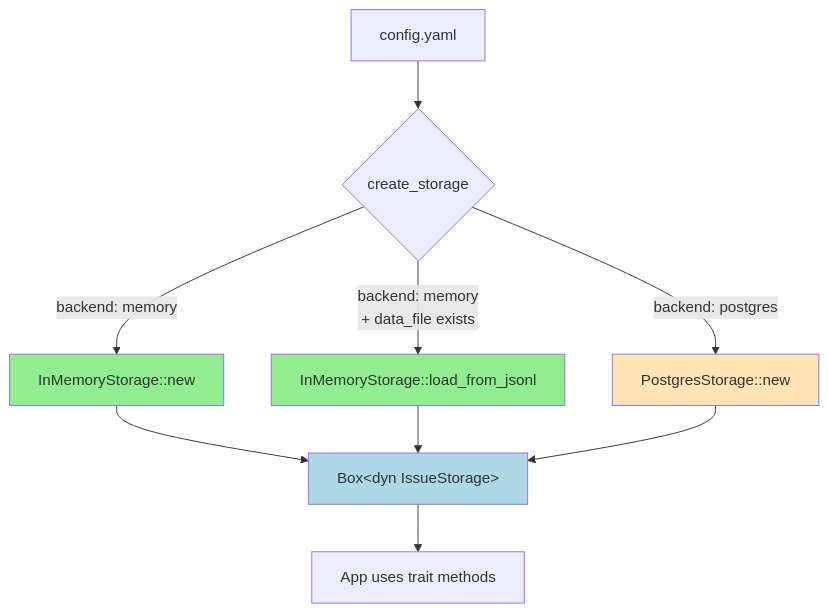
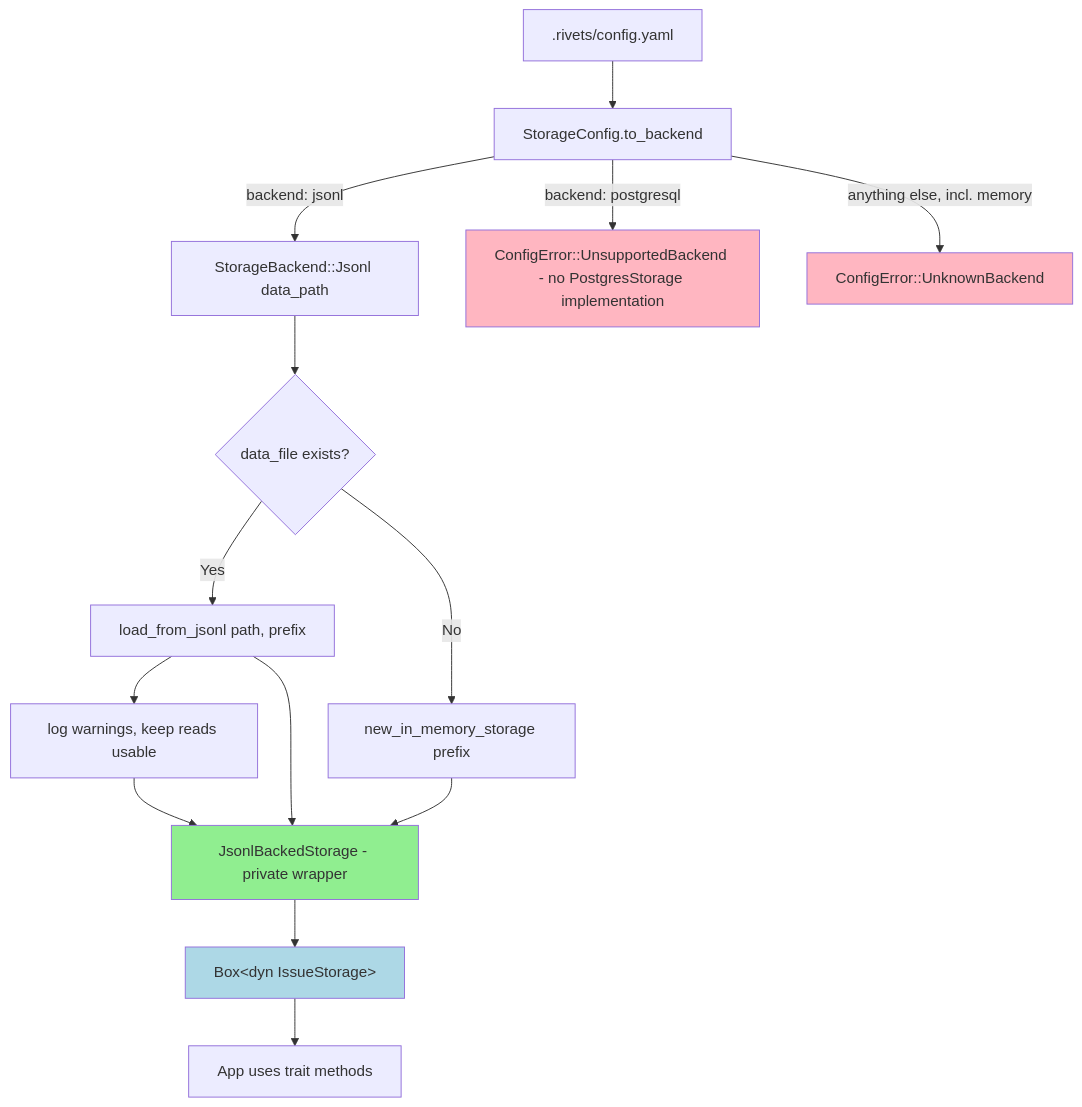
The ninth of 9 diagrams in docs/storage-architecture.md (dwalleck/rivets), drawn with Mermaid before and after one commit. The commit also changed other lines of this file and 4 other files, not shown here.

````diff
--- a/docs/storage-architecture.md
+++ b/docs/storage-architecture.md
@@ -333,19 +408,25 @@
 ```mermaid
 graph TD
-    Config[config.yaml] --> Factory{create_storage}
+    Config[.rivets/config.yaml] --> Parse[StorageConfig.to_backend]
 
-    Factory -->|backend: memory| InMem[InMemoryStorage::new]
-    Factory -->|backend: memory<br/>+ data_file exists| Load[InMemoryStorage::load_from_jsonl]
-    Factory -->|backend: postgres| PG[PostgresStorage::new]
+    Parse -->|backend: jsonl| Jsonl[StorageBackend::Jsonl data_path]
 
-    InMem --> Box[Box&lt;dyn IssueStorage&gt;]
-    Load --> Box
-    PG --> Box
+    Jsonl --> Exists{data_file exists?}
+    Exists -->|Yes| Load[load_from_jsonl path, prefix]
+    Exists -->|No| Empty[new_in_memory_storage prefix]
+    Load --> Warnings[log warnings, keep reads usable]
+    Load --> Wrap
+    Empty --> Wrap
+    Warnings --> Wrap[JsonlBackedStorage - private wrapper]
+    Wrap --> Box[Box&lt;dyn IssueStorage&gt;]
+
+    Parse -->|backend: postgresql| Unsupported[ConfigError::UnsupportedBackend - no PostgresStorage implementation]
+    Parse -->|anything else, incl. memory| Unknown[ConfigError::UnknownBackend]
 
     Box --> App[App uses trait methods]
 
-    style InMem fill:#90EE90
-    style Load fill:#90EE90
-    style PG fill:#FFE4B5
+    style Wrap fill:#90EE90
+    style Unsupported fill:#FFB6C1
+    style Unknown fill:#FFB6C1
     style Box fill:#ADD8E6
 ```
````
